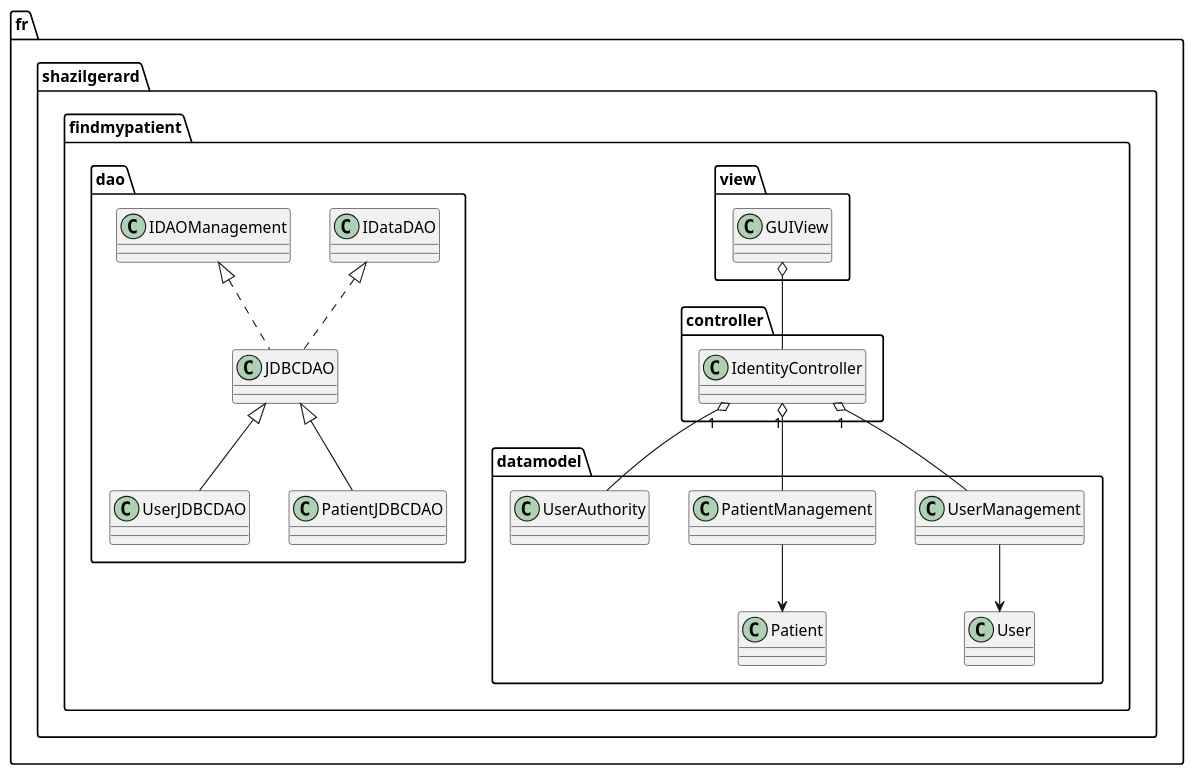
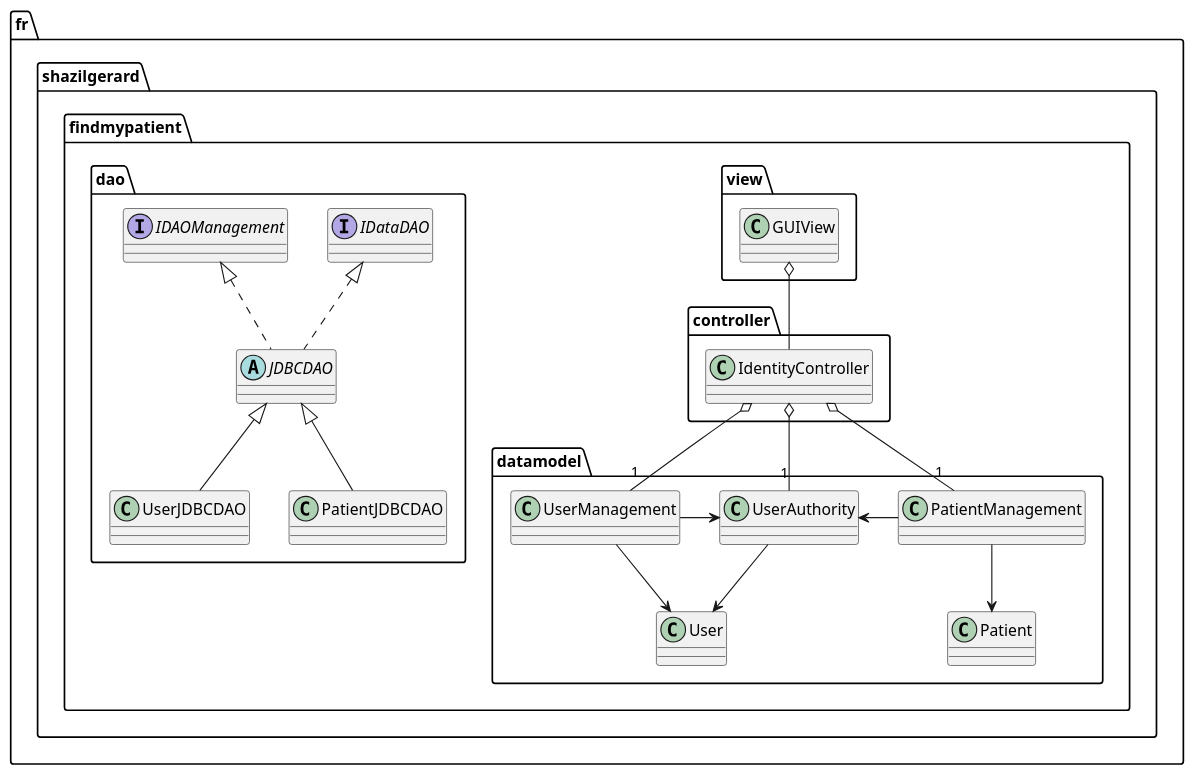
One commit to SupaGait/JavaProject_Fundamental_class changed the diagram in Documentation/UML diagrams/Architecture.plantUml. Above: the diagram before and after it, drawn with PlantUML. The commit also changed 4 other files, not shown here.

```diff
--- a/Documentation/UML diagrams/Architecture.plantUml
+++ b/Documentation/UML diagrams/Architecture.plantUml
@@ -1,40 +1,42 @@
 @startuml
 
 package fr.shazilgerard.findmypatient.view {
 	class GUIView
 }
 package fr.shazilgerard.findmypatient.controller {
 	class IdentityController
 }
 package fr.shazilgerard.findmypatient.datamodel {
 	class User
 	class Patient
 	
 	class UserManagement
 	class PatientManagement
 	class UserAuthority
 }
 
 package fr.shazilgerard.findmypatient.dao {
-	class IDataDAO  
-	class IDAOManagement
-	class JDBCDAO
+	interface IDataDAO  
+	interface IDAOManagement
+	abstract class JDBCDAO
 	class UserJDBCDAO
 	class PatientJDBCDAO 
 }
-
 IDataDAO <|.. JDBCDAO  
 IDAOManagement <|.. JDBCDAO
 JDBCDAO <|-- UserJDBCDAO
 JDBCDAO <|-- PatientJDBCDAO 
 
-IdentityController "1" o-- UserManagement
-IdentityController "1" o-- PatientManagement
-IdentityController "1" o-- UserAuthority
+IdentityController o-- "1" UserManagement
+IdentityController o-- "1" PatientManagement
+IdentityController o-- "1" UserAuthority
 
 UserManagement --> User
 PatientManagement --> Patient
+UserAuthority --> User
+UserAuthority <- PatientManagement
+UserManagement -> UserAuthority
 	
 GUIView o-- IdentityController
 
 @enduml
```
